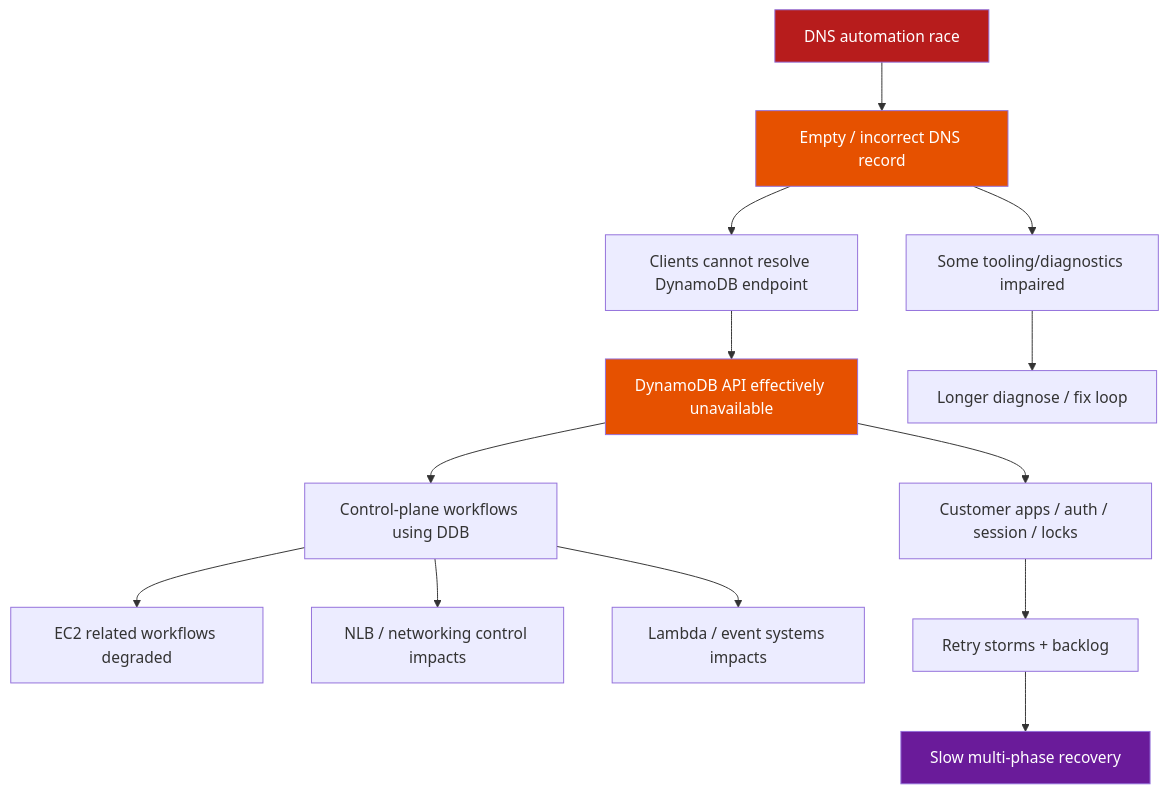
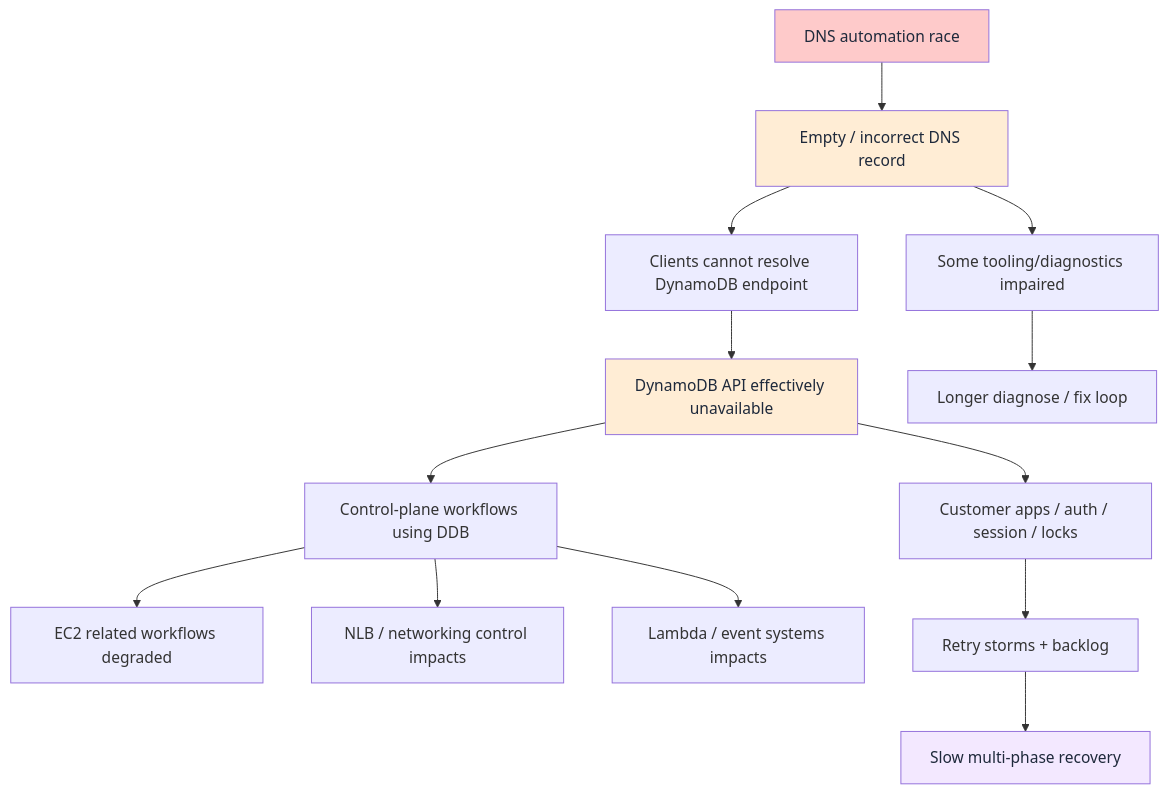
The third of 9 diagrams in docs/en/16-famous-incidents/README.md (XUanhoa04/aiops-engineering-handbook), drawn with Mermaid before and after one commit. The commit also changed other lines of this file and 39 other files, not shown here.

First line of the commit message:
docs: concept-first Ch.08-12, collapse code, soft Mermaid colors

````diff
--- a/docs/en/16-famous-incidents/README.md
+++ b/docs/en/16-famous-incidents/README.md
@@ -434,20 +453,20 @@
 ```mermaid
 flowchart TD
     RACE[DNS automation race] --> EMPTY[Empty / incorrect DNS record]
     EMPTY --> RESOLVE[Clients cannot resolve DynamoDB endpoint]
     RESOLVE --> DDB[DynamoDB API effectively unavailable]
     DDB --> CTRL[Control-plane workflows using DDB]
     DDB --> APP[Customer apps / auth / session / locks]
     CTRL --> EC2[EC2 related workflows degraded]
     CTRL --> NLB[NLB / networking control impacts]
     CTRL --> LMB[Lambda / event systems impacts]
     APP --> RETRY[Retry storms + backlog]
     RETRY --> SLOW[Slow multi-phase recovery]
     EMPTY --> TOOL[Some tooling/diagnostics impaired]
     TOOL --> MTTD[Longer diagnose / fix loop]
 
-    style RACE fill:#b71c1c,color:#fff
-    style EMPTY fill:#e65100,color:#fff
-    style DDB fill:#e65100,color:#fff
-    style SLOW fill:#6a1b9a,color:#fff
+    style RACE fill:#fecaca,color:#1e293b
+    style EMPTY fill:#ffedd5,color:#1e293b
+    style DDB fill:#ffedd5,color:#1e293b
+    style SLOW fill:#f3e8ff,color:#1e293b
 ```
````
